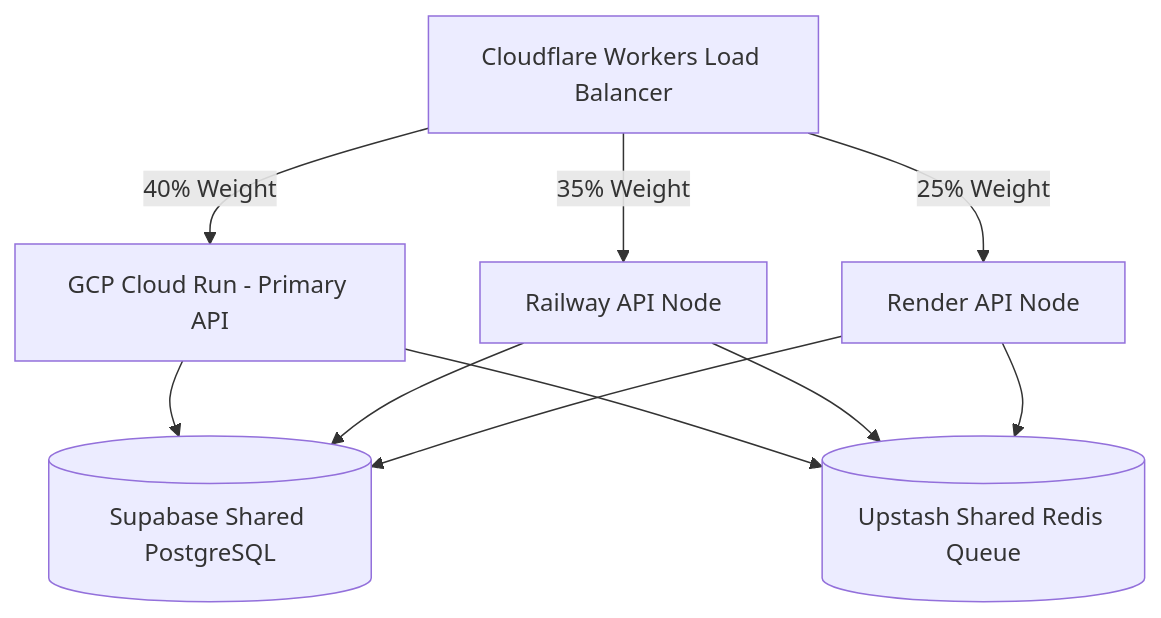
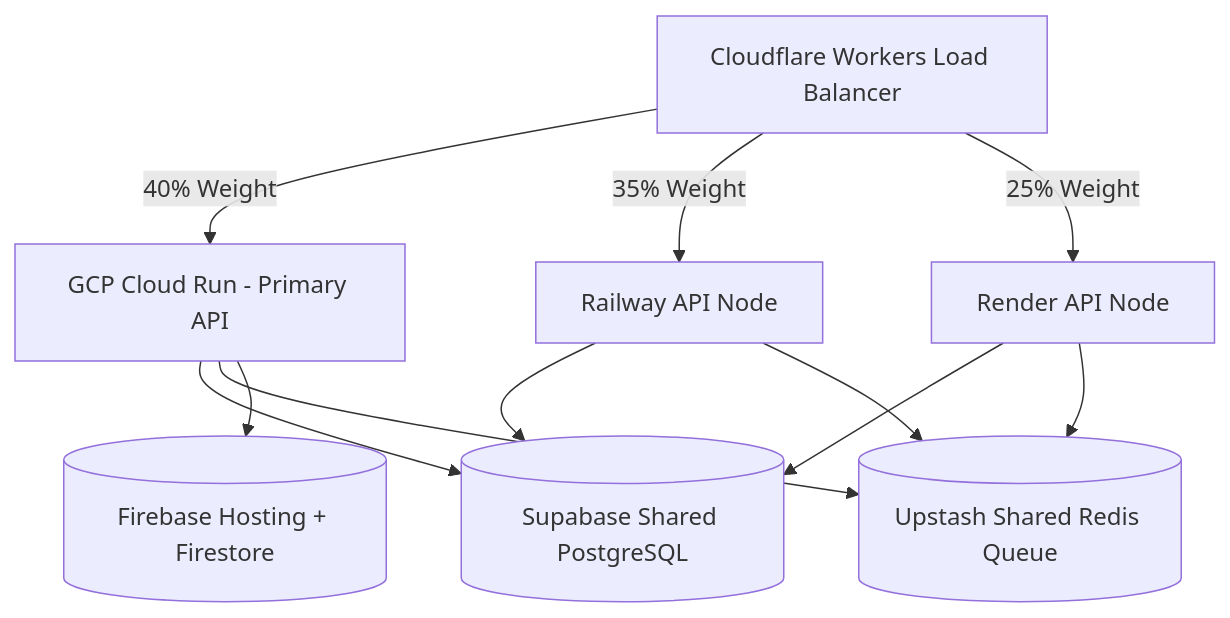
The second of 2 diagrams in document/plans_and_guides/architecture_and_design_blueprint.md (paykaribazaronline/supremeai), drawn with Mermaid before and after one commit. The commit also changed other lines of this file and 25 other files, not shown here.

````diff
--- a/document/plans_and_guides/architecture_and_design_blueprint.md
+++ b/document/plans_and_guides/architecture_and_design_blueprint.md
@@ -31,14 +34,16 @@
 ```mermaid
 graph TD
     LB[Cloudflare Workers Load Balancer] -->|40% Weight| GCP[GCP Cloud Run - Primary API]
     LB -->|35% Weight| Railway[Railway API Node]
     LB -->|25% Weight| Render[Render API Node]
 
     GCP --> DB[(Supabase Shared PostgreSQL)]
     Railway --> DB
     Render --> DB
 
     GCP --> Queue[(Upstash Shared Redis Queue)]
     Railway --> Queue
     Render --> Queue
+
+    GCP --> Firebase[(Firebase Hosting + Firestore)]
 ```
````
